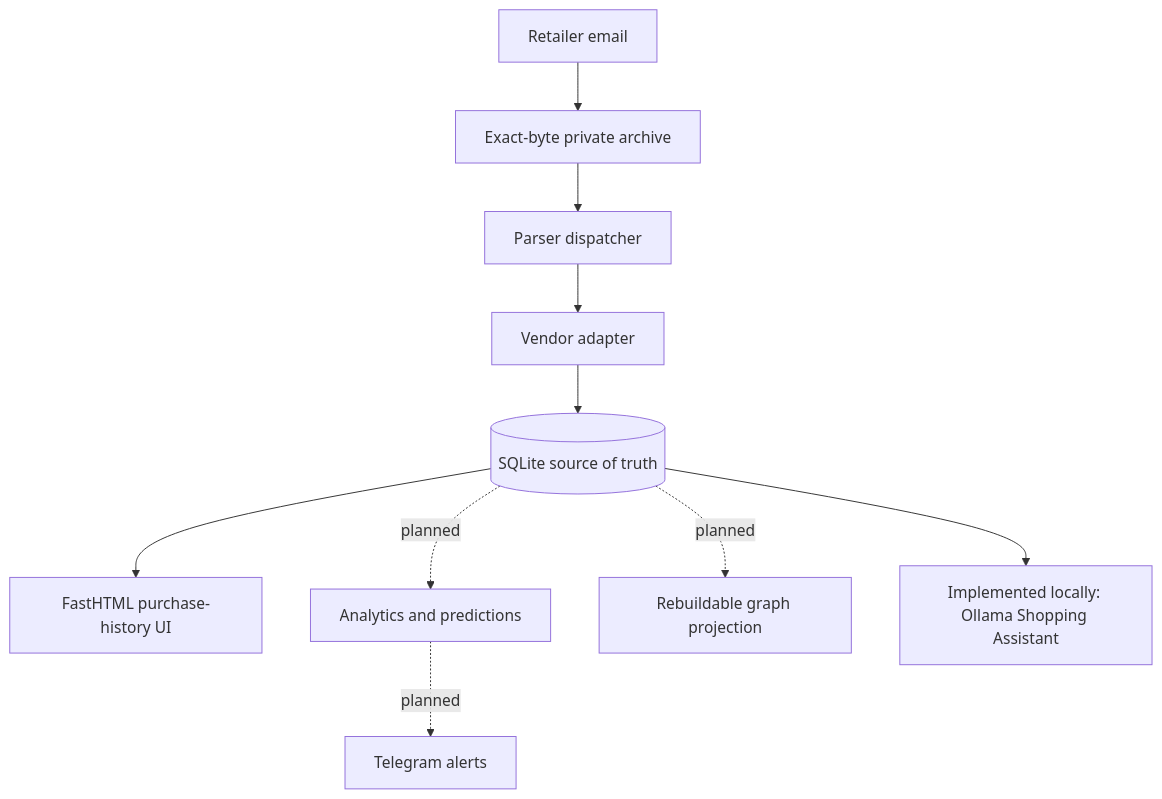
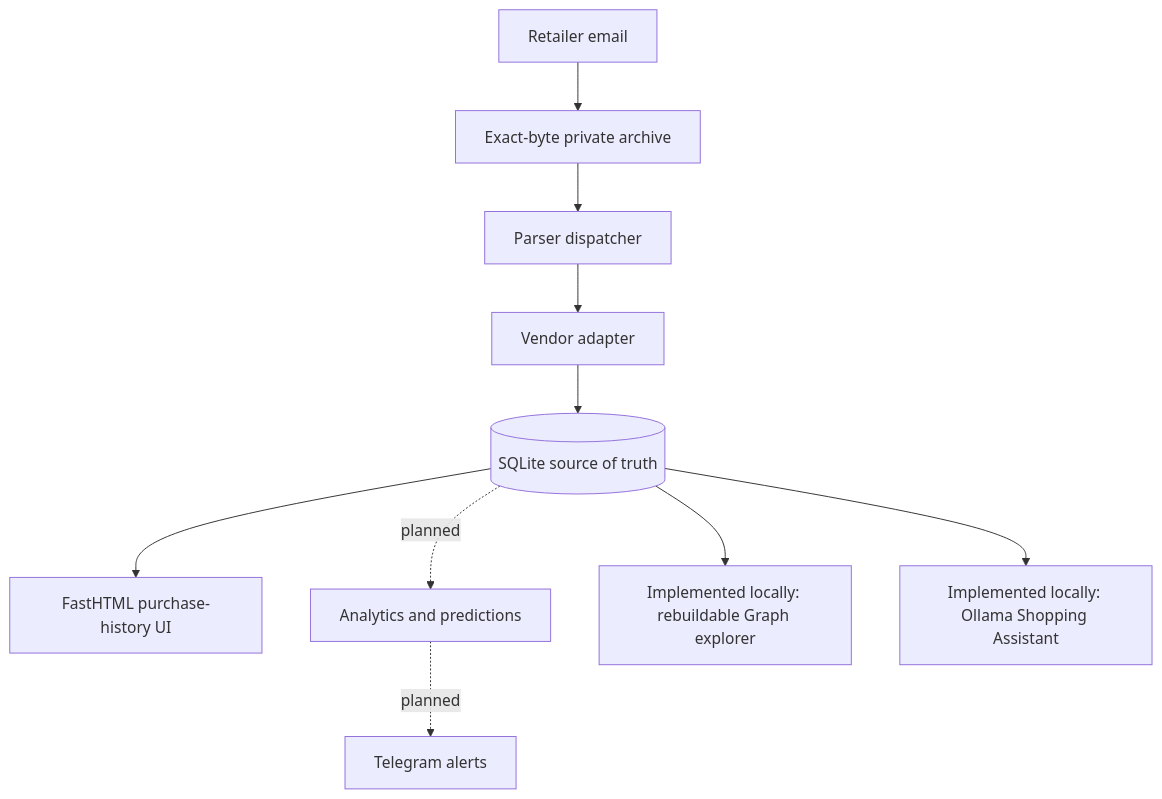
Before and after one commit to jichong-tay/jdsg-knowledge-graph-shopping: the diagram in README.md, drawn with Mermaid. The commit also changed other lines of this file and 99 other files, not shown here.

First line of the commit message:
Implement knowledge graph, purchase visualization, and Chat repairs

```diff
--- a/README.md
+++ b/README.md
@@ -47,12 +92,12 @@
 ~~~mermaid
 flowchart TD
     E["Retailer email"] --> A["Exact-byte private archive"]
     A --> D["Parser dispatcher"]
     D --> F["Vendor adapter"]
     F --> S[("SQLite source of truth")]
     S --> W["FastHTML purchase-history UI"]
     S -. planned .-> P["Analytics and predictions"]
-    S -. planned .-> G["Rebuildable graph projection"]
+    S --> G["Implemented locally: rebuildable Graph explorer"]
     S --> C["Implemented locally: Ollama Shopping Assistant"]
     P -. planned .-> T["Telegram alerts"]
 ~~~
```
